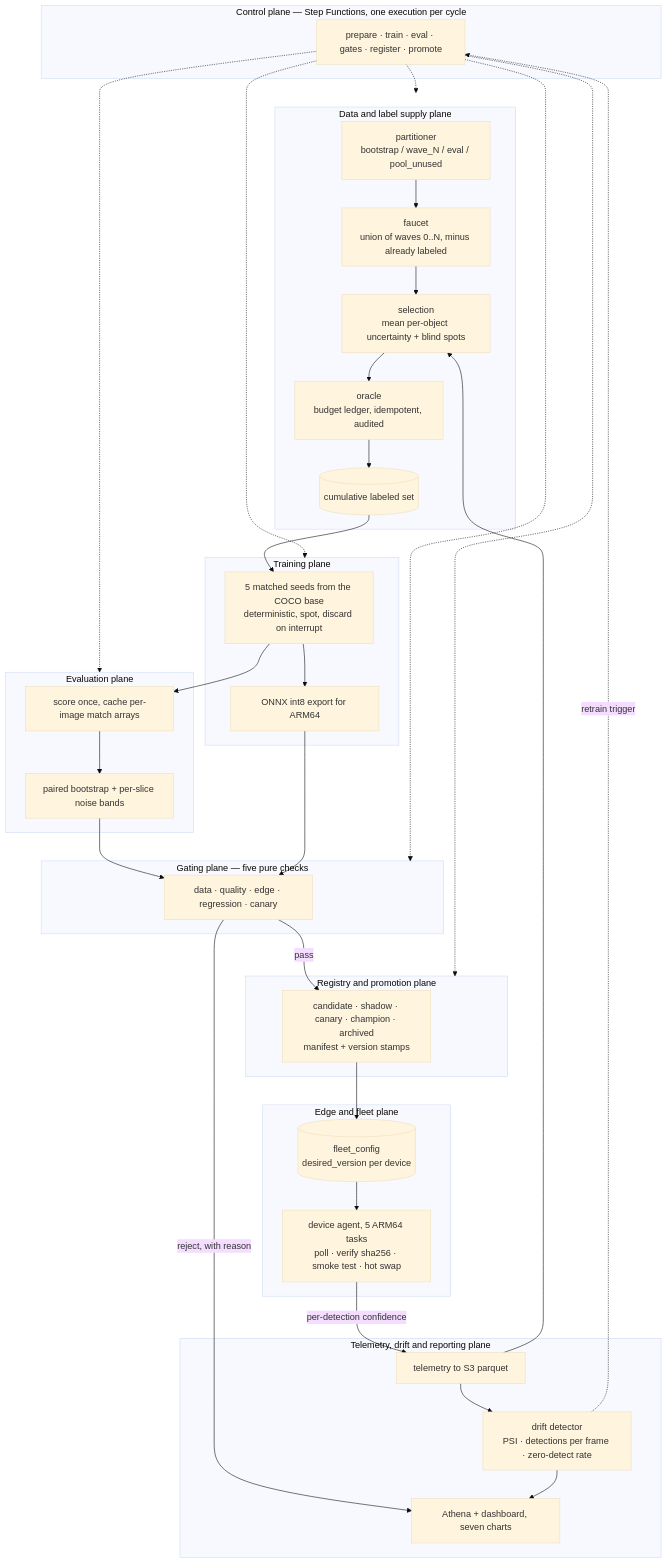
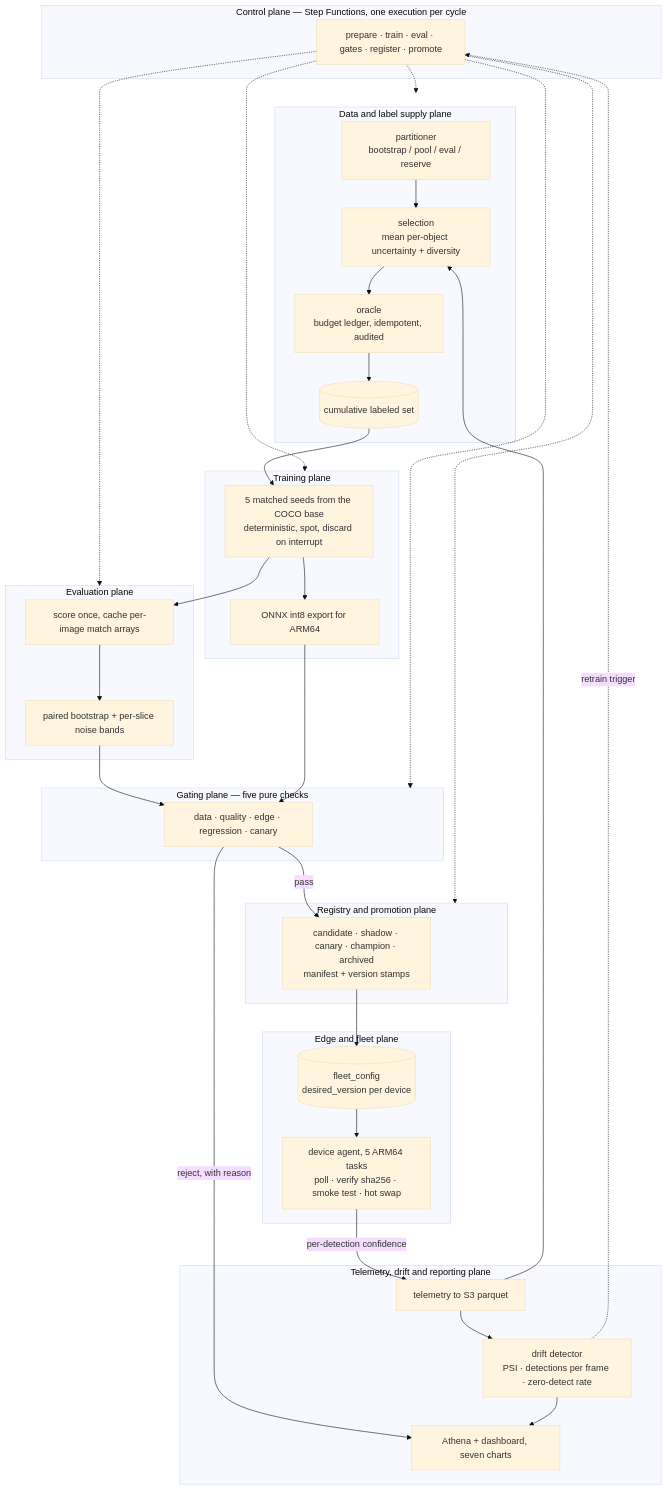
Before and after one commit to arnavnair220/edge-ml-flywheel: the diagram in docs/00-overview.md, drawn with Mermaid (base theme). The commit also changed other lines of this file and 2 other files, not shown here.

````diff
--- a/docs/00-overview.md
+++ b/docs/00-overview.md
@@ -82,69 +80,67 @@
 ```mermaid
 flowchart TB
     subgraph CTRL["Control plane — Step Functions, one execution per cycle"]
         SFN["prepare · train · eval · gates · register · promote"]
     end
 
     subgraph DATA["Data and label supply plane"]
-        PART["partitioner<br/>bootstrap / wave_N / eval / pool_unused"]
-        FAUCET["faucet<br/>union of waves 0..N, minus already labeled"]
-        SEL["selection<br/>mean per-object uncertainty + blind spots"]
+        PART["partitioner<br/>bootstrap / pool / eval / reserve"]
+        SEL["selection<br/>mean per-object uncertainty + diversity"]
         ORACLE["oracle<br/>budget ledger, idempotent, audited"]
         POOL[("cumulative labeled set")]
     end
 
     subgraph TRAIN["Training plane"]
         SEEDS["5 matched seeds from the COCO base<br/>deterministic, spot, discard on interrupt"]
         EXPORT["ONNX int8 export for ARM64"]
     end
 
     subgraph EVAL["Evaluation plane"]
         SCORE["score once, cache per-image match arrays"]
         BOOT["paired bootstrap + per-slice noise bands"]
     end
 
     subgraph GATE["Gating plane — five pure checks"]
         G["data · quality · edge · regression · canary"]
     end
 
     subgraph REG["Registry and promotion plane"]
         SM["candidate · shadow · canary · champion · archived<br/>manifest + version stamps"]
     end
 
     subgraph EDGE["Edge and fleet plane"]
         CFG[("fleet_config<br/>desired_version per device")]
         AGENT["device agent, 5 ARM64 tasks<br/>poll · verify sha256 · smoke test · hot swap"]
     end
 
     subgraph OBS["Telemetry, drift and reporting plane"]
         TEL["telemetry to S3 parquet"]
         DRIFT["drift detector<br/>PSI · detections per frame · zero-detect rate"]
         DASH["Athena + dashboard, seven charts"]
     end
 
-    PART --> FAUCET
-    FAUCET --> SEL
+    PART --> SEL
     SEL --> ORACLE
     ORACLE --> POOL
     POOL --> SEEDS
     SEEDS --> SCORE
     SCORE --> BOOT
     BOOT --> G
     SEEDS --> EXPORT
     EXPORT --> G
     G -->|pass| SM
     G -->|"reject, with reason"| DASH
     SM --> CFG
     CFG --> AGENT
     AGENT -->|"per-detection confidence"| TEL
     TEL --> SEL
     TEL --> DRIFT
     DRIFT --> DASH
     DRIFT -.->|"retrain trigger"| SFN
 
     SFN -.-> DATA
     SFN -.-> TRAIN
     SFN -.-> EVAL
     SFN -.-> GATE
     SFN -.-> REG
 ```
````
